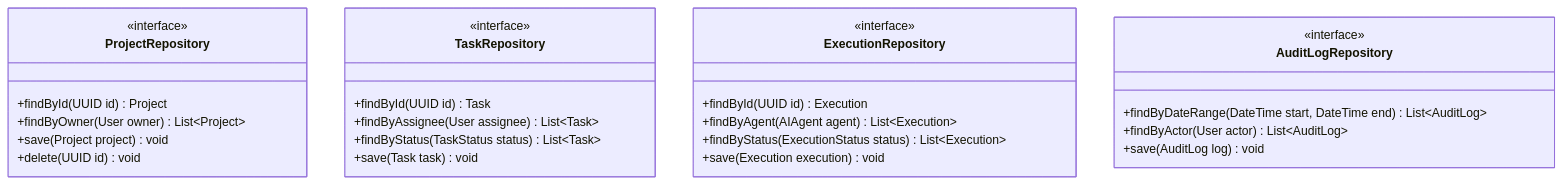
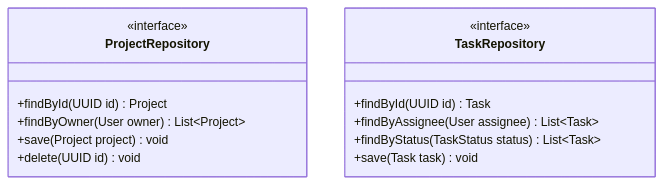
Before and after one commit to daichiTAAA/AgentOpsPlatform: diagram 14 of 18 in docs/030000_設計/034000_アプリケーション設計/034010_ドメインモデル.md, drawn with Mermaid. The commit also changed other lines of this file, not shown here.

````diff
--- a/docs/030000_設計/034000_アプリケーション設計/034010_ドメインモデル.md
+++ b/docs/030000_設計/034000_アプリケーション設計/034010_ドメインモデル.md
@@ -874,33 +932,18 @@
 ```mermaid
 classDiagram
     class ProjectRepository {
         <<interface>>
         +findById(UUID id) Project
         +findByOwner(User owner) List~Project~
         +save(Project project) void
         +delete(UUID id) void
     }
     
     class TaskRepository {
         <<interface>>
         +findById(UUID id) Task
         +findByAssignee(User assignee) List~Task~
         +findByStatus(TaskStatus status) List~Task~
         +save(Task task) void
     }
-    
-    class ExecutionRepository {
-        <<interface>>
-        +findById(UUID id) Execution
-        +findByAgent(AIAgent agent) List~Execution~
-        +findByStatus(ExecutionStatus status) List~Execution~
-        +save(Execution execution) void
-    }
-    
-    class AuditLogRepository {
-        <<interface>>
-        +findByDateRange(DateTime start, DateTime end) List~AuditLog~
-        +findByActor(User actor) List~AuditLog~
-        +save(AuditLog log) void
-    }
 ```
````
